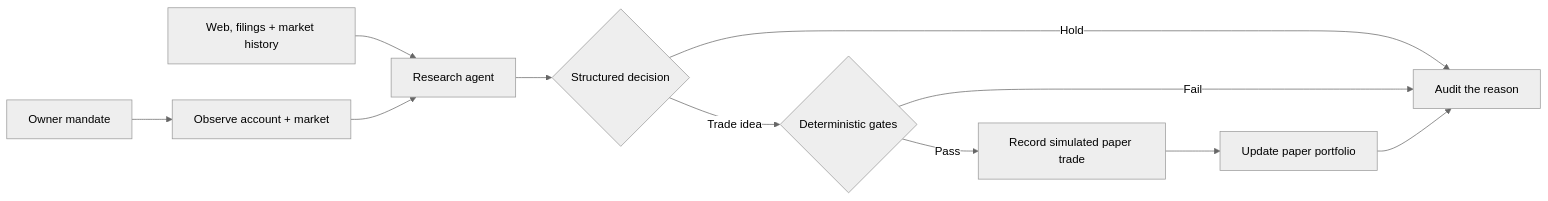
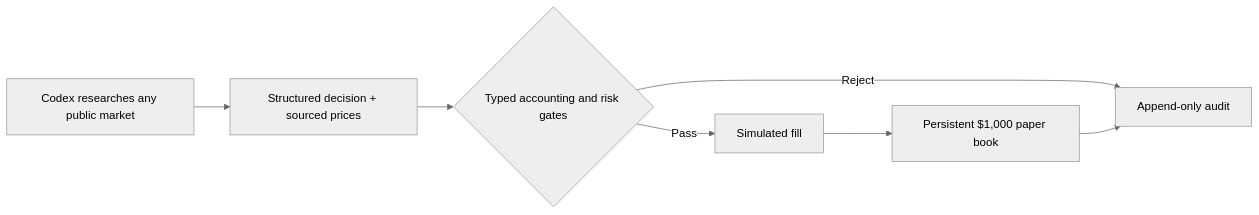
The diagram in README.md (Amadeus415/agentic_trading), drawn with Mermaid (neutral theme) before and after one commit. The commit also changed other lines of this file and 10 other files, not shown here.

First line of the commit message:
Document the $1,000 multi-market paper fund product path.

````diff
--- a/README.md
+++ b/README.md
@@ -35,13 +23,9 @@
 ```mermaid
 flowchart LR
-    M["Owner mandate"] --> O["Observe account + market"]
-    W["Web, filings + market history"] --> R["Research agent"]
-    O --> R
-    R --> D{"Structured decision"}
-    D -->|"Hold"| A["Audit the reason"]
-    D -->|"Trade idea"| G{"Deterministic gates"}
-    G -->|"Fail"| A
-    G -->|"Pass"| P["Record simulated paper trade"]
-    P --> X["Update paper portfolio"]
-    X --> A
+    C["Codex researches any public market"] --> D["Structured decision + sourced prices"]
+    D --> G{"Typed accounting and risk gates"}
+    G -->|Reject| A["Append-only audit"]
+    G -->|Pass| P["Simulated fill"]
+    P --> B["Persistent $1,000 paper book"]
+    B --> A
 ```
````
